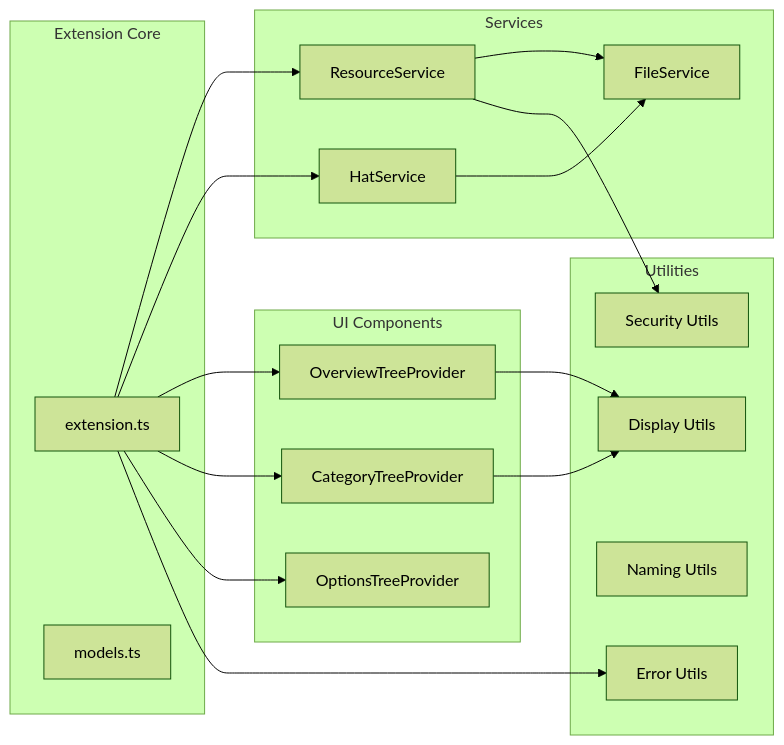
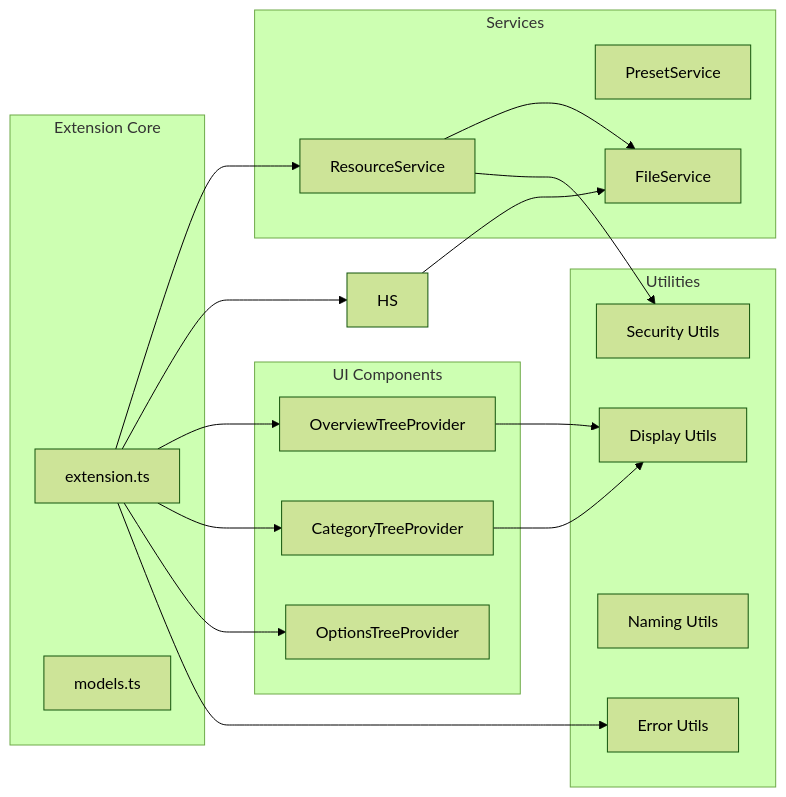
Before and after one commit to microsoft/ContextShare: the third of 10 diagrams in SOFTWARE_ARCHITECTURE_SPECIFICATION.md, drawn with Mermaid (forest theme). The commit also changed other lines of this file and 1 other file, not shown here.

Commit message:
Complete terminology update: all documentation and architecture specs updated Hat→Preset

````diff
--- a/SOFTWARE_ARCHITECTURE_SPECIFICATION.md
+++ b/SOFTWARE_ARCHITECTURE_SPECIFICATION.md
@@ -231,38 +231,38 @@
 ```mermaid
 graph LR
     subgraph "Extension Core"
         EXT[extension.ts]
         MOD[models.ts]
     end
     
     subgraph "Services"
         RS[ResourceService]
-        HS[HatService]
+        PS[PresetService]
         FS[FileService]
     end
     
     subgraph "UI Components"
         OTP[OverviewTreeProvider]
         CTP[CategoryTreeProvider]
         OTP2[OptionsTreeProvider]
     end
     
     subgraph "Utilities"
         DIS[Display Utils]
         SEC[Security Utils]
         NAM[Naming Utils]
         ERR[Error Utils]
     end
     
     EXT --> RS
     EXT --> HS
     EXT --> OTP
     EXT --> CTP
     EXT --> OTP2
     RS --> FS
     HS --> FS
     RS --> SEC
     CTP --> DIS
     OTP --> DIS
     EXT --> ERR
 ```
````
